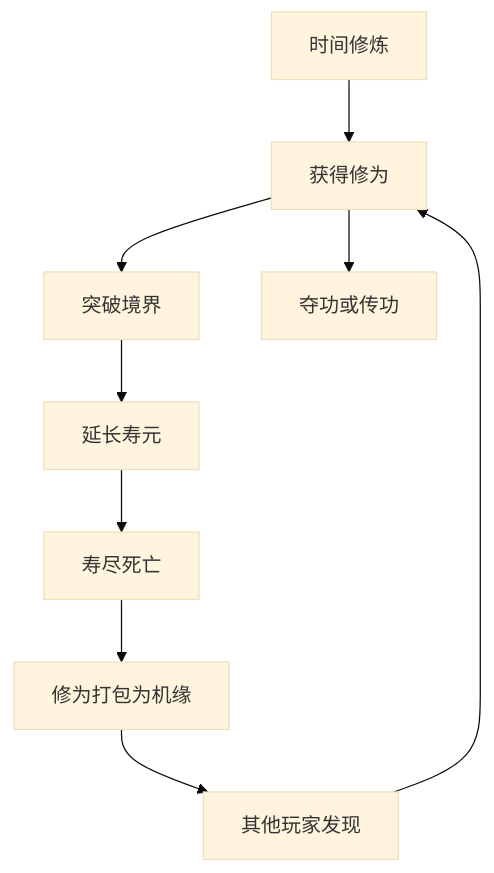
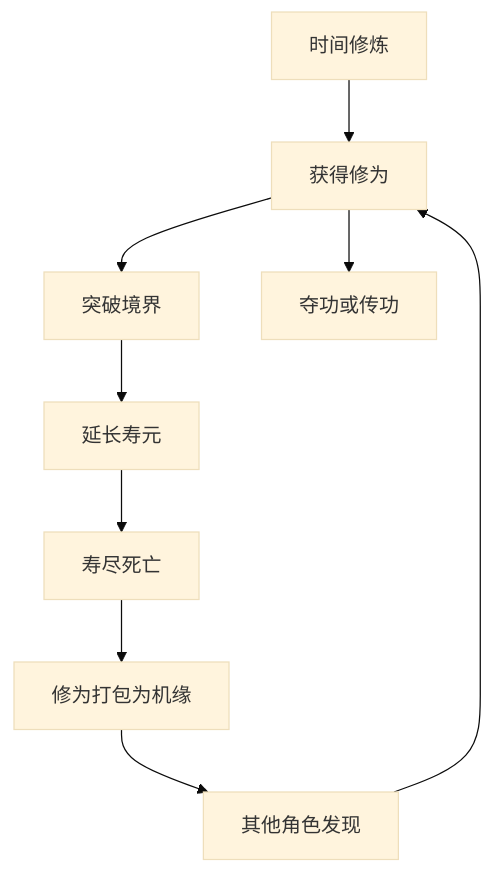
The diagram in 游戏规则.md (laxidou/xiuxian), drawn with Mermaid (base theme) before and after one commit. The commit also changed other lines of this file and 44 other files, not shown here.

````diff
--- a/游戏规则.md
+++ b/游戏规则.md
@@ -920,11 +920,11 @@
 ```mermaid
 flowchart TD
     T["时间修炼"] --> C["获得修为"]
     C --> R["突破境界"]
     R --> L["延长寿元"]
     C --> A["夺功或传功"]
     L --> D["寿尽死亡"]
     D --> O["修为打包为机缘"]
-    O --> F["其他玩家发现"]
+    O --> F["其他角色发现"]
     F --> C
 ```
````
